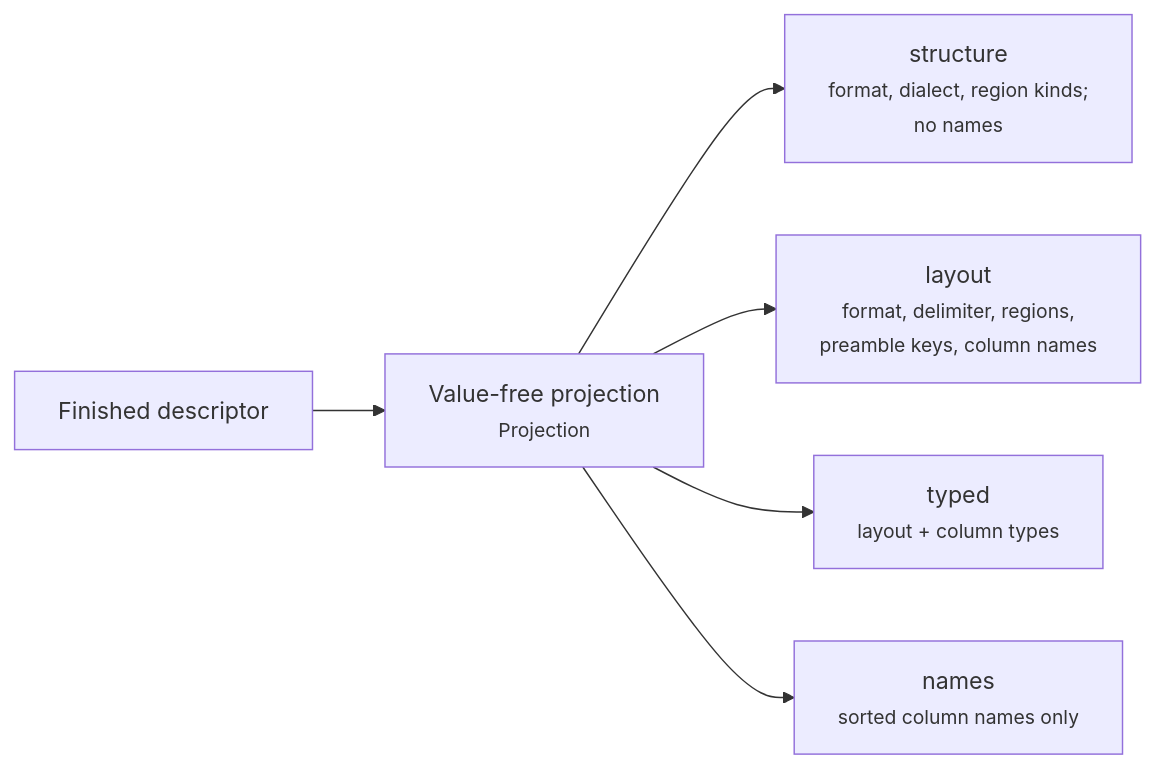
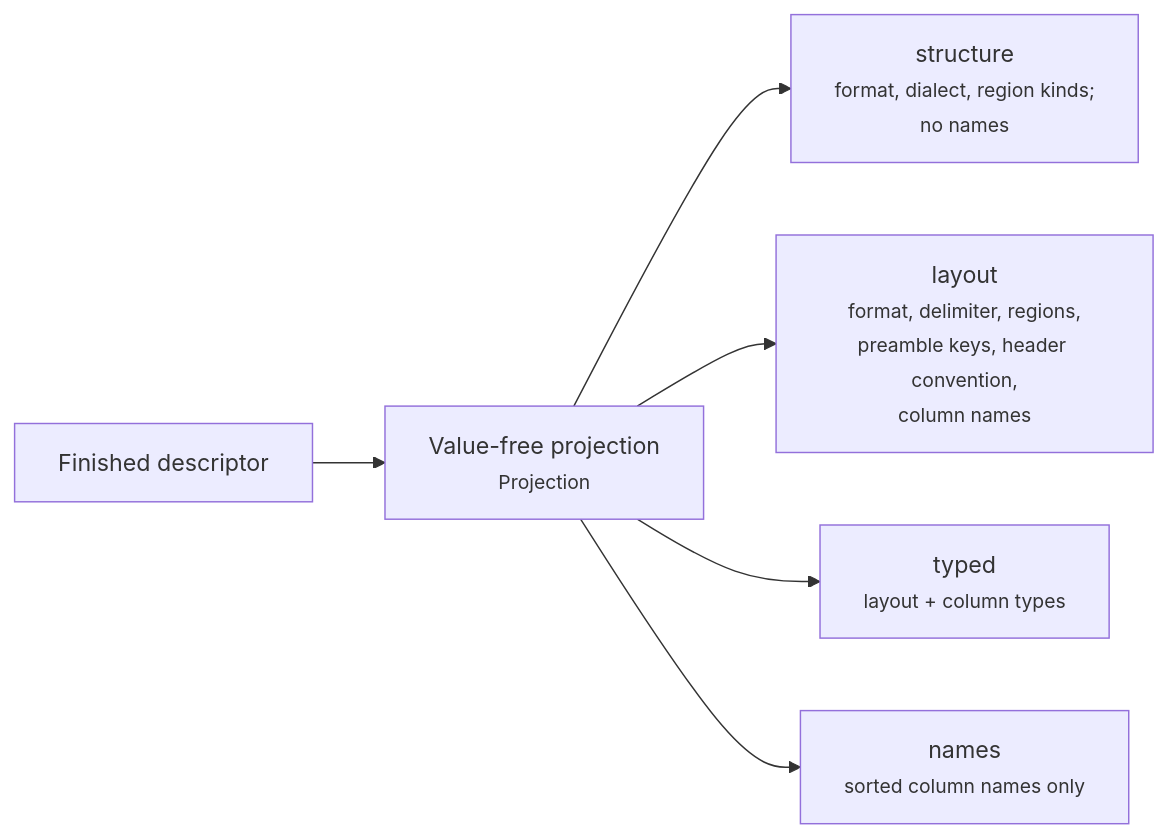
One commit to squalor-xyz/squalify changed diagram 14 of 24 in docs/how-it-works.md. Above: the diagram before and after it, drawn with Mermaid. The commit also changed other lines of this file and 48 other files, not shown here.

````diff
--- a/docs/how-it-works.md
+++ b/docs/how-it-works.md
@@ -234,8 +234,8 @@
 ```mermaid
 flowchart LR
     D["Finished descriptor"] --> P["Value-free projection<br/><small>Projection</small>"]
     P --> S["structure<br/><small>format, dialect, region kinds;<br/>no names</small>"]
-    P --> L["layout<br/><small>format, delimiter, regions,<br/>preamble keys, column names</small>"]
+    P --> L["layout<br/><small>format, delimiter, regions,<br/>preamble keys, header convention,<br/>column names</small>"]
     P --> T["typed<br/><small>layout + column types</small>"]
     P --> N["names<br/><small>sorted column names only</small>"]
 ```
````
